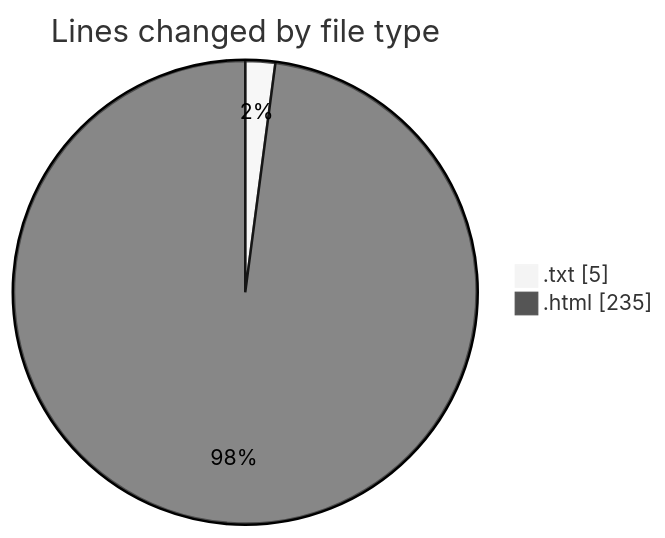
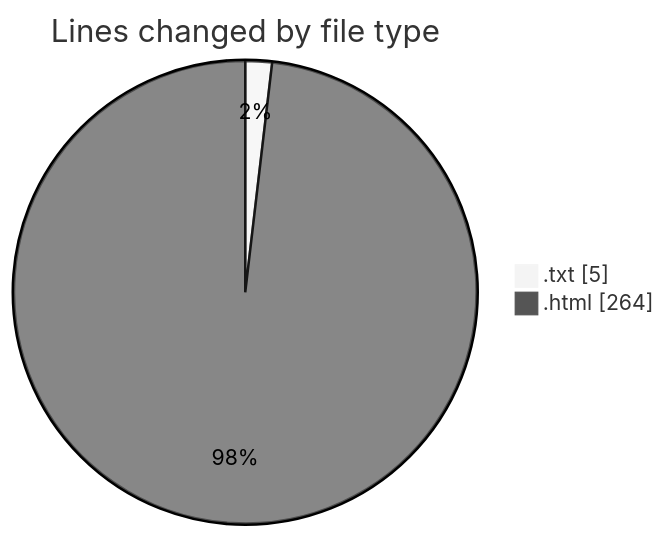
One commit to Ritupan-Deka/code-tracking changed the first of 2 diagrams in 2025-06-02/documents/README.md. Above: the diagram before and after it, drawn with Mermaid (neutral theme). The commit also changed other lines of this file and 1 other file, not shown here.

````diff
--- a/2025-06-02/documents/README.md
+++ b/2025-06-02/documents/README.md
@@ -21,6 +21,6 @@
 ```mermaid
 pie showData
 title Lines changed by file type
 ".txt" : 5
-".html" : 235
+".html" : 264
 ```
````
